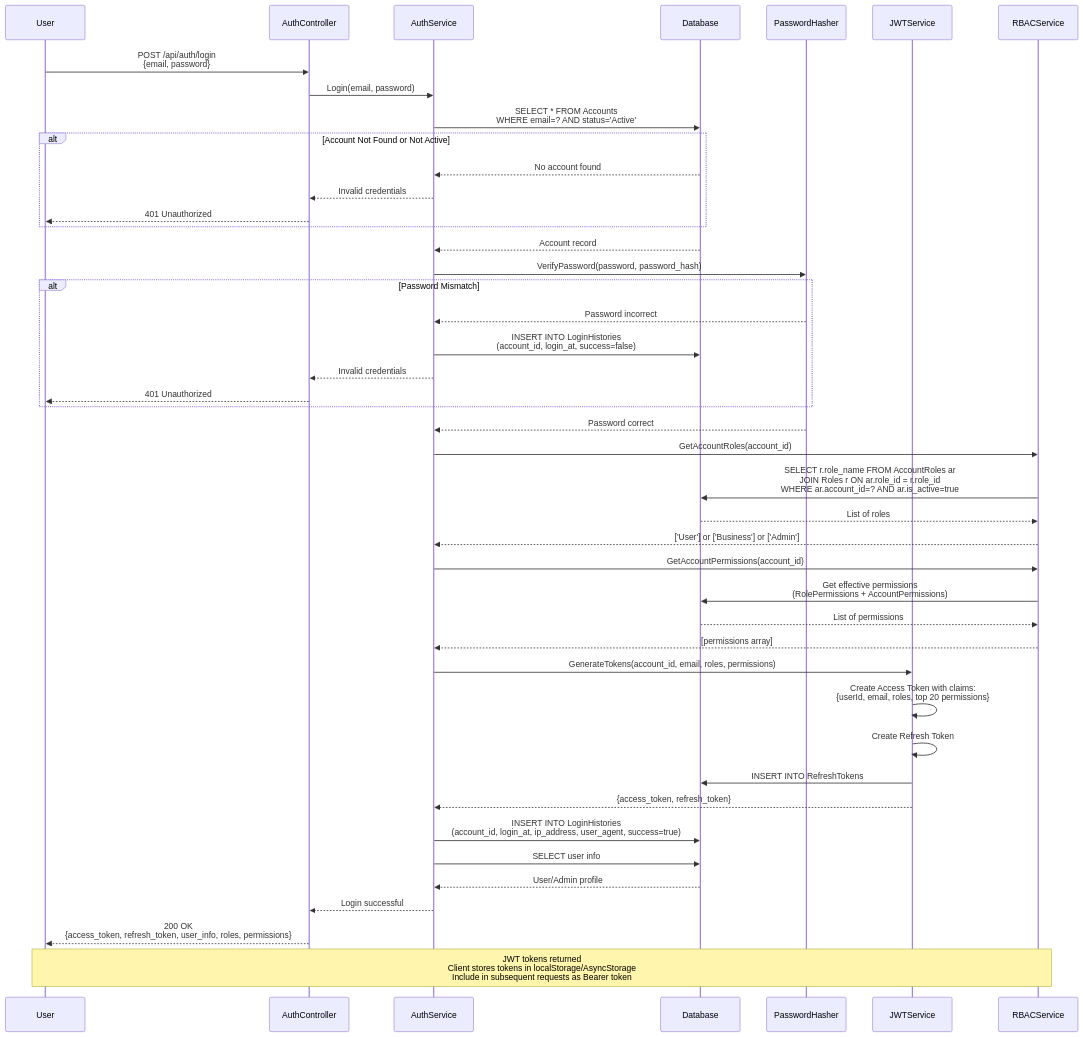
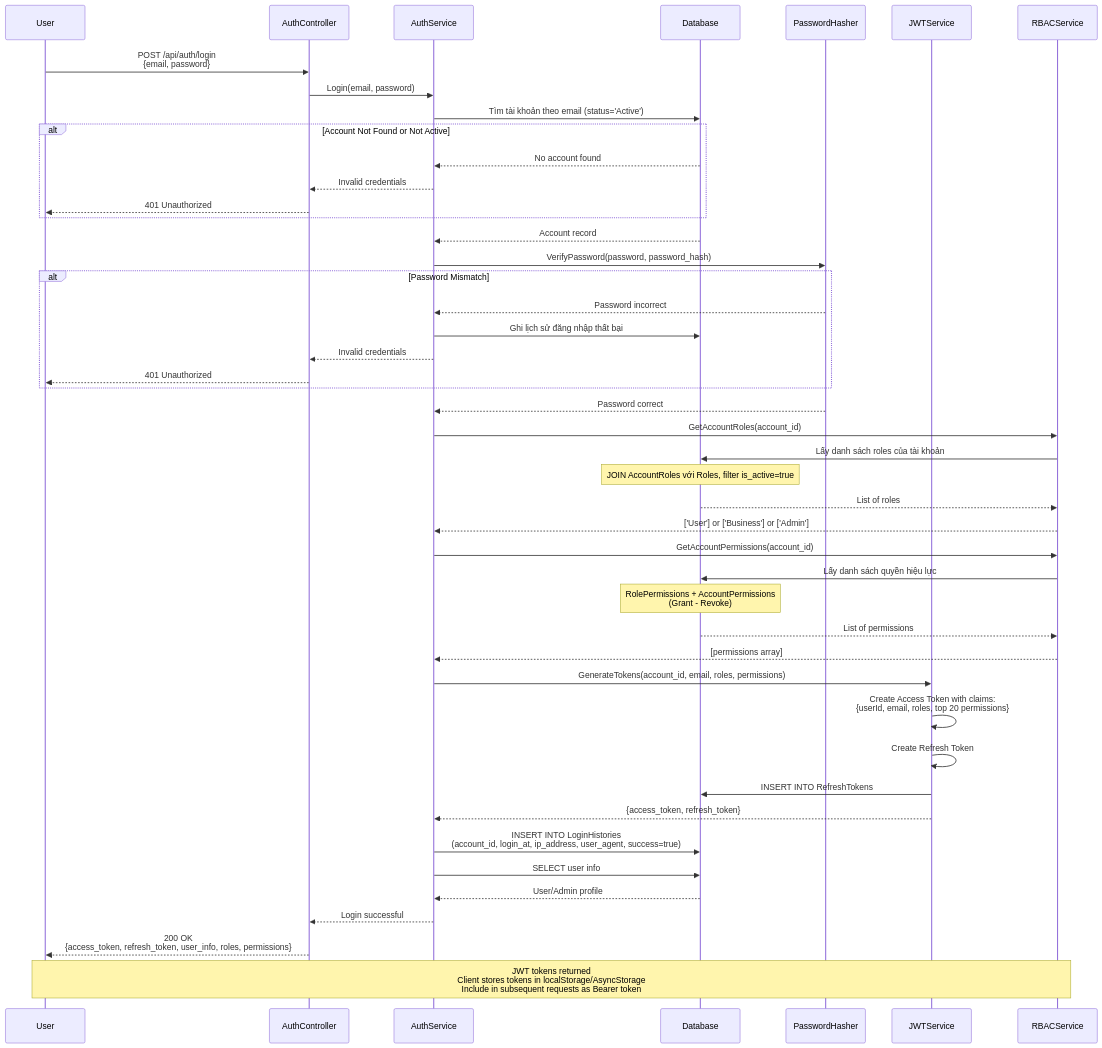
The sixth of 49 diagrams in README.md (TranHoang2k40525/UngDungMangXaHoi), drawn with Mermaid before and after one commit. The commit also changed other lines of this file, not shown here.

````diff
--- a/README.md
+++ b/README.md
@@ -1367,59 +1369,63 @@
 ```mermaid
 sequenceDiagram
     participant U as User
     participant API as AuthController
     participant S as AuthService
     participant DB as Database
     participant H as PasswordHasher
     participant JWT as JWTService
     participant RBAC as RBACService
     
     U->>API: POST /api/auth/login<br/>{email, password}
     API->>S: Login(email, password)
     
-    S->>DB: SELECT * FROM Accounts<br/>WHERE email=? AND status='Active'
+    S->>DB: Tìm tài khoản theo email (status='Active')
     
     alt Account Not Found or Not Active
         DB-->>S: No account found
         S-->>API: Invalid credentials
         API-->>U: 401 Unauthorized
     end
     
     DB-->>S: Account record
     S->>H: VerifyPassword(password, password_hash)
     
     alt Password Mismatch
         H-->>S: Password incorrect
-        S->>DB: INSERT INTO LoginHistories<br/>(account_id, login_at, success=false)
+        S->>DB: Ghi lịch sử đăng nhập thất bại
         S-->>API: Invalid credentials
         API-->>U: 401 Unauthorized
     end
     
     H-->>S: Password correct
     
     S->>RBAC: GetAccountRoles(account_id)
-    RBAC->>DB: SELECT r.role_name FROM AccountRoles ar<br/>JOIN Roles r ON ar.role_id = r.role_id<br/>WHERE ar.account_id=? AND ar.is_active=true
+    RBAC->>DB: Lấy danh sách roles của tài khoản
+    
+    Note over DB: JOIN AccountRoles với Roles, filter is_active=true
     DB-->>RBAC: List of roles
     RBAC-->>S: ['User'] or ['Business'] or ['Admin']
     
     S->>RBAC: GetAccountPermissions(account_id)
-    RBAC->>DB: Get effective permissions<br/>(RolePermissions + AccountPermissions)
+    RBAC->>DB: Lấy danh sách quyền hiệu lực
+    
+    Note over DB: RolePermissions + AccountPermissions<br/>(Grant - Revoke)
     DB-->>RBAC: List of permissions
     RBAC-->>S: [permissions array]
     
     S->>JWT: GenerateTokens(account_id, email, roles, permissions)
     JWT->>JWT: Create Access Token with claims:<br/>{userId, email, roles, top 20 permissions}
     JWT->>JWT: Create Refresh Token
     JWT->>DB: INSERT INTO RefreshTokens
     JWT-->>S: {access_token, refresh_token}
     
     S->>DB: INSERT INTO LoginHistories<br/>(account_id, login_at, ip_address, user_agent, success=true)
     
     S->>DB: SELECT user info
     DB-->>S: User/Admin profile
     
     S-->>API: Login successful
     API-->>U: 200 OK<br/>{access_token, refresh_token, user_info, roles, permissions}
     
     Note over U,RBAC: JWT tokens returned<br/>Client stores tokens in localStorage/AsyncStorage<br/>Include in subsequent requests as Bearer token
 ```
````
